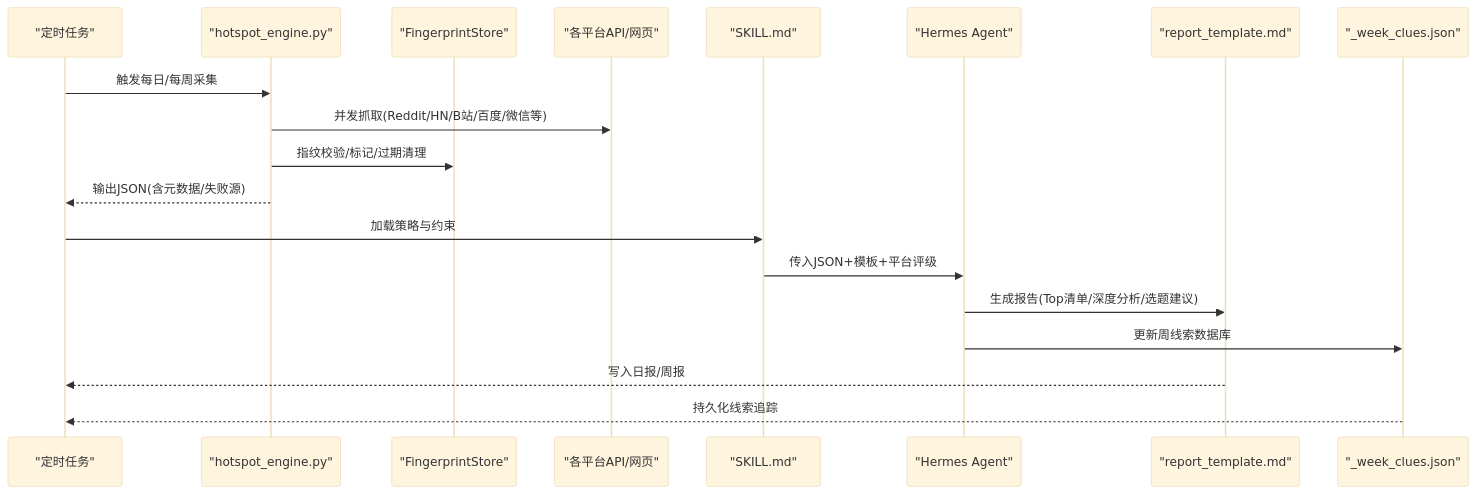
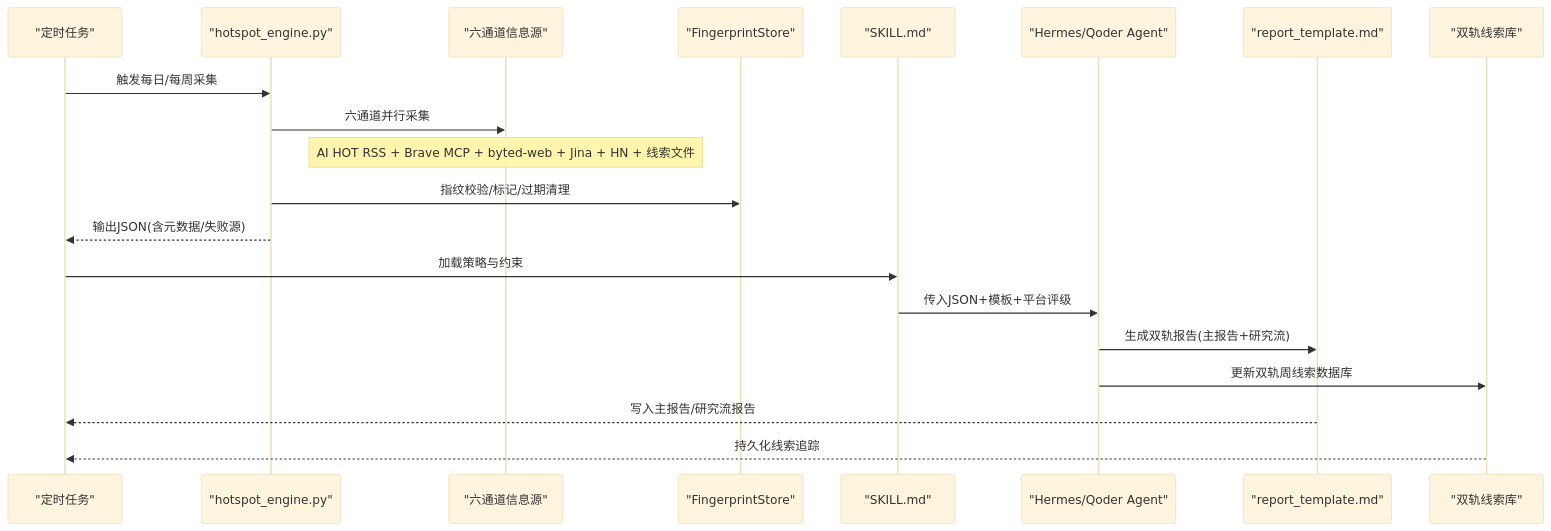
One commit to John198912/hermes_workspace changed the second of 4 diagrams in .qoder/repowiki/zh/content/核心技能详解/Qoder Agent 每日热点报告系统.md. Above: the diagram before and after it, drawn with Mermaid (base theme). The commit also changed other lines of this file and 1 other file, not shown here.

````diff
--- a/.qoder/repowiki/zh/content/核心技能详解/Qoder Agent 每日热点报告系统.md
+++ b/.qoder/repowiki/zh/content/核心技能详解/Qoder Agent 每日热点报告系统.md
@@ -111,21 +121,22 @@
 ```mermaid
 sequenceDiagram
 participant Cron as "定时任务"
 participant Engine as "hotspot_engine.py"
+participant Sources as "六通道信息源"
 participant Store as "FingerprintStore"
-participant Sources as "各平台API/网页"
 participant Skill as "SKILL.md"
-participant LLM as "Hermes Agent"
+participant LLM as "Hermes/Qoder Agent"
 participant Report as "report_template.md"
-participant Clues as "_week_clues.json"
+participant Clues as "双轨线索库"
 Cron->>Engine : 触发每日/每周采集
-Engine->>Sources : 并发抓取(Reddit/HN/B站/百度/微信等)
+Engine->>Sources : 六通道并行采集
+Note over Sources : AI HOT RSS + Brave MCP + byted-web + Jina + HN + 线索文件
 Engine->>Store : 指纹校验/标记/过期清理
 Engine-->>Cron : 输出JSON(含元数据/失败源)
 Cron->>Skill : 加载策略与约束
 Skill->>LLM : 传入JSON+模板+平台评级
-LLM->>Report : 生成报告(Top清单/深度分析/选题建议)
-LLM->>Clues : 更新周线索数据库
-Report-->>Cron : 写入日报/周报
+LLM->>Report : 生成双轨报告(主报告+研究流)
+LLM->>Clues : 更新双轨周线索数据库
+Report-->>Cron : 写入主报告/研究流报告
 Clues-->>Cron : 持久化线索追踪
 ```
````
